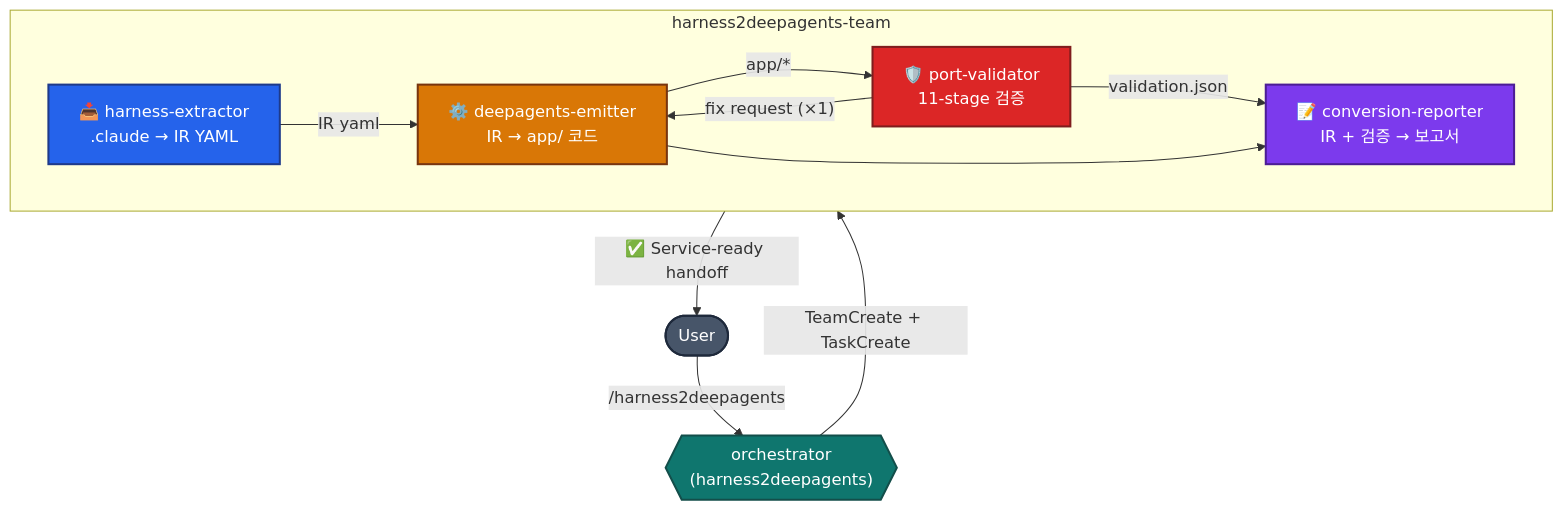
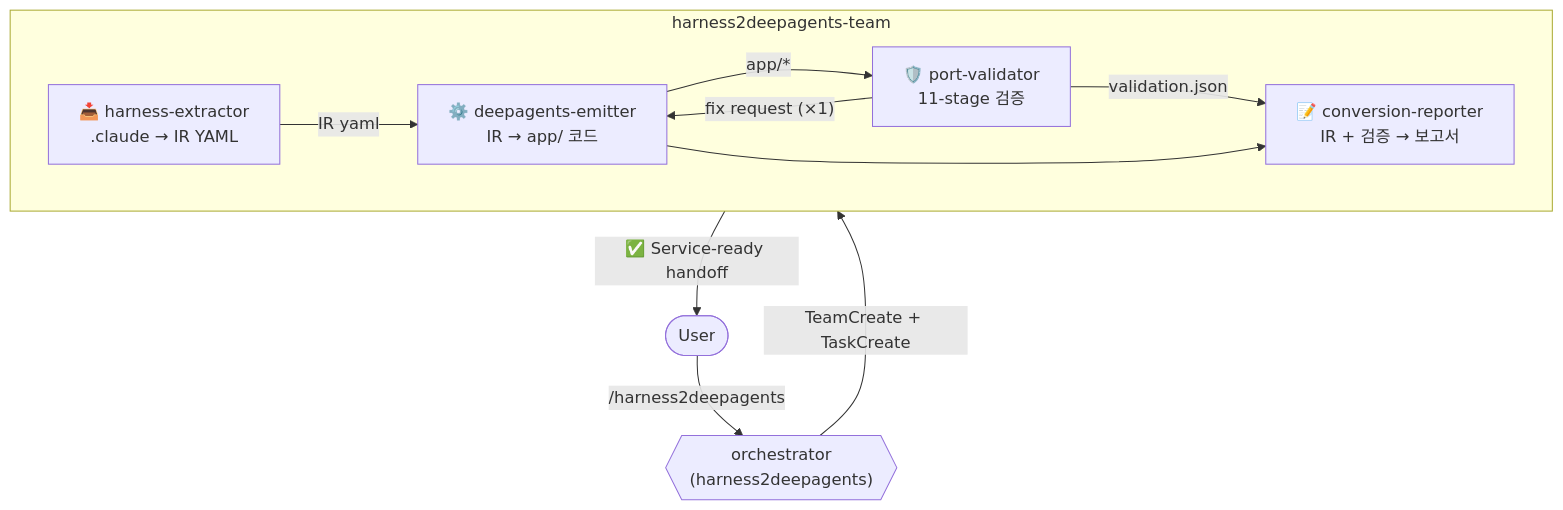
Before and after one commit to tykimos/harness2deepagents: the second of 10 diagrams in README.md, drawn with Mermaid. The commit also changed other lines of this file and 1 other file, not shown here.

First line of the commit message:
style(readme): drop mermaid color styling, use default theme

````diff
--- a/README.md
+++ b/README.md
@@ -80,30 +73,24 @@
 ```mermaid
 graph TB
-    classDef inp fill:#2563eb,color:#fff,stroke:#1e3a8a,stroke-width:2px
-    classDef proc fill:#d97706,color:#fff,stroke:#78350f,stroke-width:2px
-    classDef val fill:#dc2626,color:#fff,stroke:#7f1d1d,stroke-width:2px
-    classDef rep fill:#7c3aed,color:#fff,stroke:#4c1d95,stroke-width:2px
-    classDef orch fill:#0f766e,color:#fff,stroke:#134e4a,stroke-width:2px
-    classDef user fill:#475569,color:#fff,stroke:#1e293b,stroke-width:2px
 
-    User([User]):::user
+    User([User])
 
-    Orchestrator{{"orchestrator<br/>(harness2deepagents)"}}:::orch
+    Orchestrator{{"orchestrator<br/>(harness2deepagents)"}}
 
     subgraph Team["harness2deepagents-team"]
         direction LR
-        Extractor["📥 harness-extractor<br/>.claude → IR YAML"]:::inp
-        Emitter["⚙️ deepagents-emitter<br/>IR → app/ 코드"]:::proc
-        Validator["🛡️ port-validator<br/>11-stage 검증"]:::val
-        Reporter["📝 conversion-reporter<br/>IR + 검증 → 보고서"]:::rep
+        Extractor["📥 harness-extractor<br/>.claude → IR YAML"]
+        Emitter["⚙️ deepagents-emitter<br/>IR → app/ 코드"]
+        Validator["🛡️ port-validator<br/>11-stage 검증"]
+        Reporter["📝 conversion-reporter<br/>IR + 검증 → 보고서"]
     end
 
     User -->|"/harness2deepagents"| Orchestrator
     Orchestrator -->|TeamCreate + TaskCreate| Team
     Extractor -->|IR yaml| Emitter
     Emitter -->|app/*| Validator
     Validator -->|"fix request (×1)"| Emitter
     Validator -->|validation.json| Reporter
     Emitter --> Reporter
     Reporter -->|"✅ Service-ready handoff"| User
 ```
````
